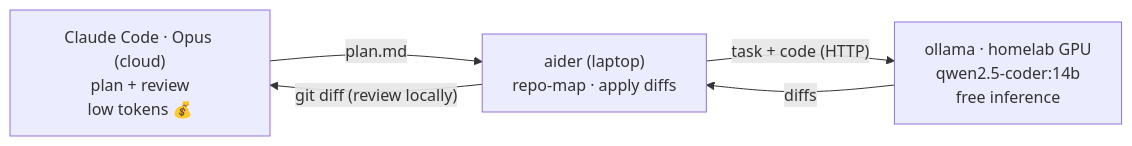
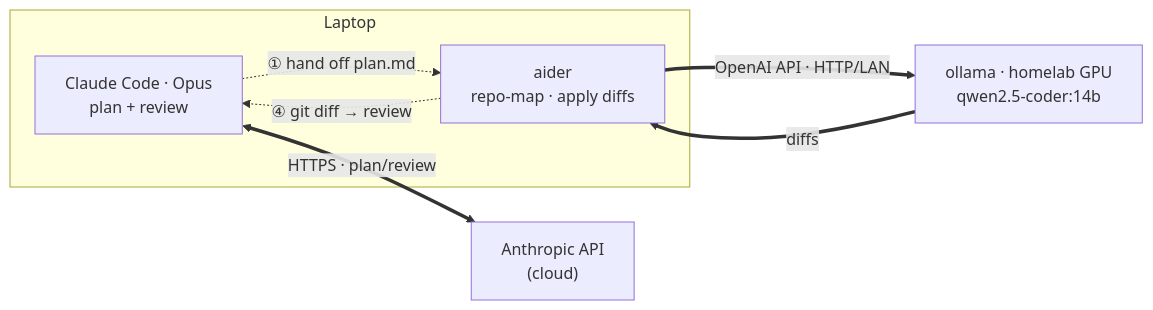
One commit to madhank93/local-ai-setup changed the diagram in README.md. Above: the diagram before and after it, drawn with Mermaid. The commit also changed other lines of this file and 1 other file, not shown here.

First line of the commit message:
refactor: remove LiteLLM, restructure docs around aider

````diff
--- a/README.md
+++ b/README.md
@@ -12,11 +12,15 @@
 ```mermaid
 flowchart LR
-    C["Claude Code · Opus (cloud)<br/>plan + review<br/>low tokens 💰"]
-    A["aider (laptop)<br/>repo-map · apply diffs"]
-    O["ollama · homelab GPU<br/>qwen2.5-coder:14b<br/>free inference"]
+    subgraph laptop["Laptop"]
+        C["Claude Code · Opus<br/>plan + review"]
+        A["aider<br/>repo-map · apply diffs"]
+    end
+    AN["Anthropic API<br/>(cloud)"]
+    O["ollama · homelab GPU<br/>qwen2.5-coder:14b"]
 
-    C -- "plan.md" --> A
-    A -- "task + code (HTTP)" --> O
-    O -- "diffs" --> A
-    A -- "git diff (review locally)" --> C
+    C <== "HTTPS · plan/review" ==> AN
+    A == "OpenAI API · HTTP/LAN" ==> O
+    O == "diffs" ==> A
+    C -. "① hand off plan.md" .-> A
+    A -. "④ git diff → review" .-> C
 ```
````
